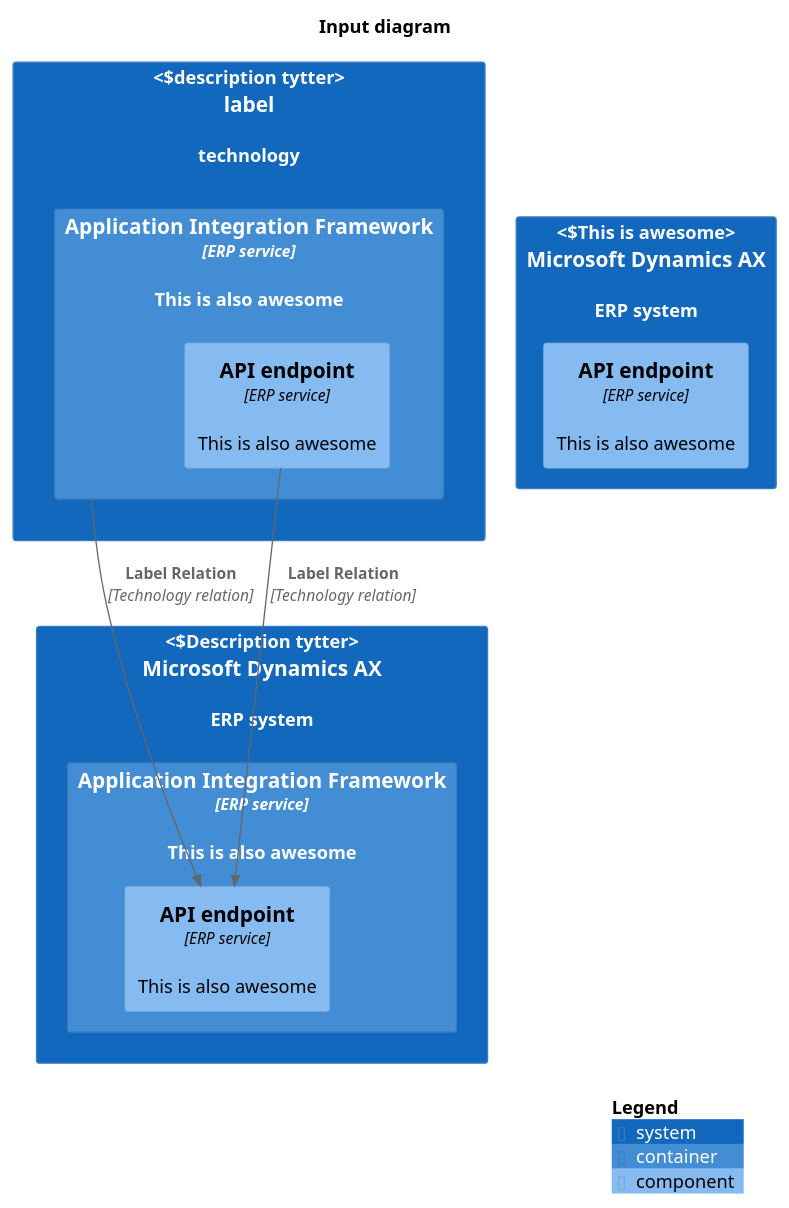
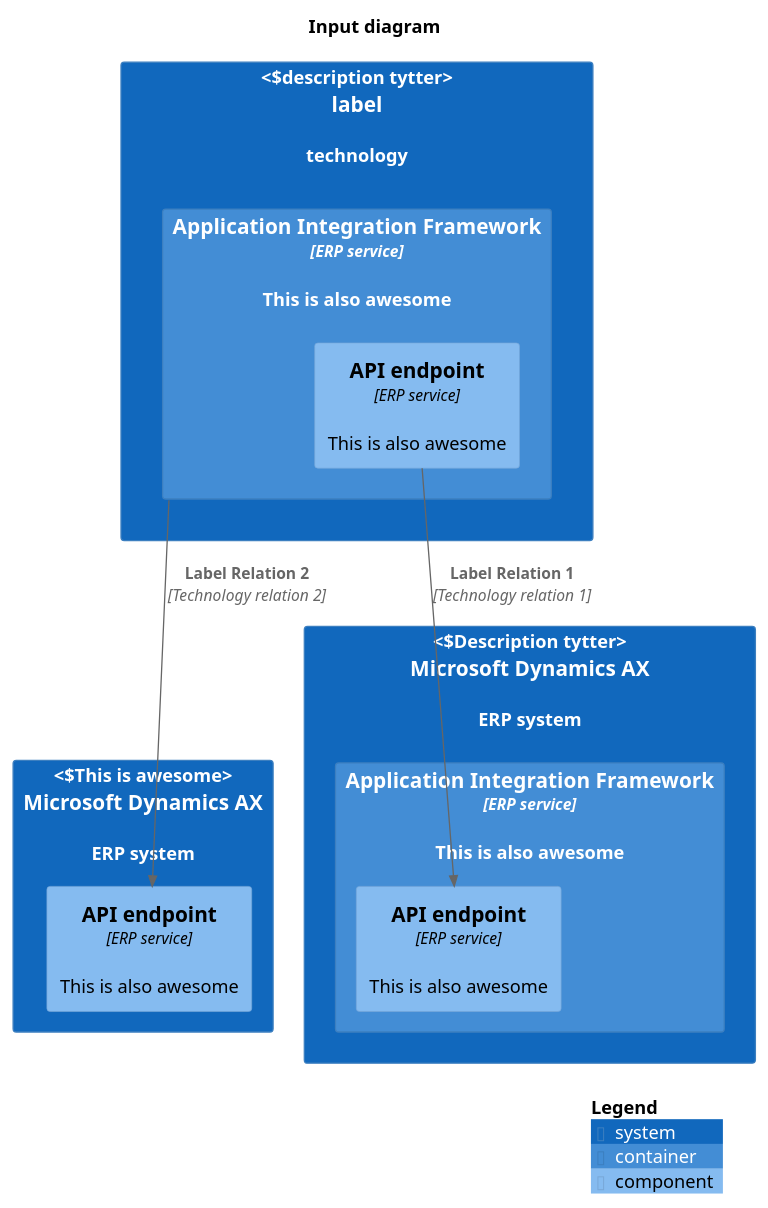
One commit to localgod/catalyst changed the diagram in diagram.puml. Above: the diagram before and after it, drawn with PlantUML. The commit also changed 4 other files, not shown here.

```diff
--- a/diagram.puml
+++ b/diagram.puml
@@ -1,30 +1,30 @@
 @startuml ERP Integration Overview
 !include ./C4_Component.puml
 
 scale 1.0
 title Input diagram
 
 System(AX, "label", "technology", "description tytter") {
     Container(AIF, "Application Integration Framework", "ERP service", "This is also awesome", $tags=tytter) {
         Component(END, "API endpoint", "ERP service", "This is also awesome", $tags=tytter)
     }
 }
 System(AX2, "Microsoft Dynamics AX", "ERP system", "Description tytter") {
     Container(AIF2, "Application Integration Framework", "ERP service", "This is also awesome", $tags=tytter) {
         Component(END2, "API endpoint", "ERP service", "This is also awesome", $tags=tytter)
     }
 }
 
 System(AX3, "Microsoft Dynamics AX", "ERP system", "This is awesome") {
     Component(END3, "API endpoint", "ERP service", "This is also awesome", $tags=tytter)
 }
 
-Rel(END, END2, "Label Relation", "Technology relation")
+Rel(END, END2, "Label Relation 1", "Technology relation 1")
 
-Rel(AIF, END2, "Label Relation", "Technology relation")
+Rel(AIF, END3, "Label Relation 2", "Technology relation 2")
 
 
 
 LAYOUT_TOP_DOWN()
 SHOW_LEGEND()
 @enduml
```
